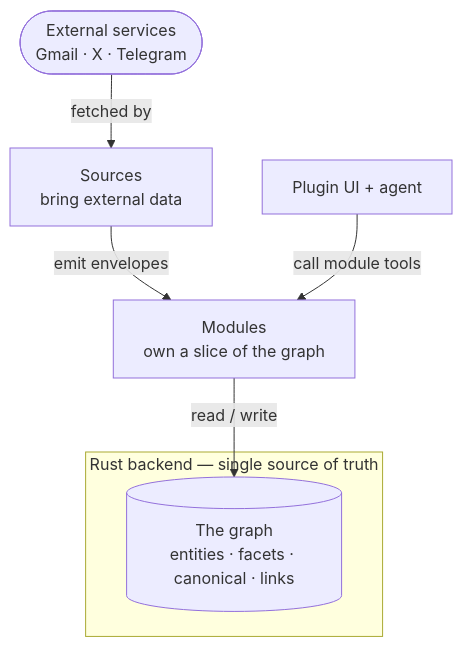
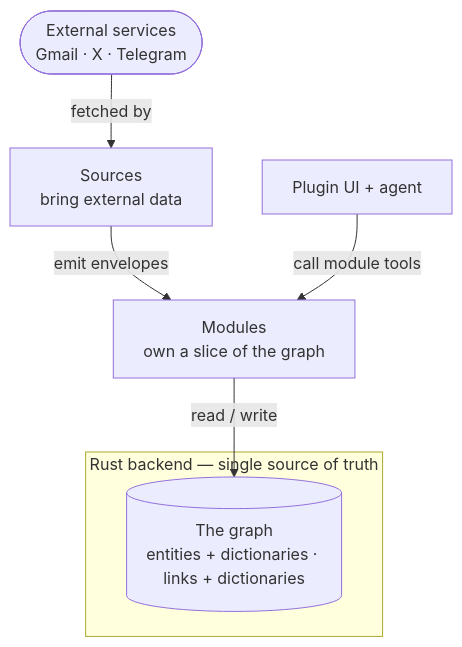
One commit to 0xmikko/magnis changed the first of 4 diagrams in docs/plugins/architecture.md. Above: the diagram before and after it, drawn with Mermaid. The commit also changed other lines of this file and 8 other files, not shown here.

First line of the commit message:
docs: the reference describes the property graph it actually has

````diff
--- a/docs/plugins/architecture.md
+++ b/docs/plugins/architecture.md
@@ -28,10 +28,10 @@
 ```mermaid
 graph TD
     subgraph Host["Rust backend — single source of truth"]
-        G[("The graph<br/>entities · facets · canonical · links")]
+        G[("The graph<br/>entities + dictionaries · links + dictionaries")]
     end
     M["Modules<br/>own a slice of the graph"] -->|read / write| G
     S["Sources<br/>bring external data"] -->|emit envelopes| M
     UI["Plugin UI + agent"] -->|call module tools| M
     ext(["External services<br/>Gmail · X · Telegram"]) -->|fetched by| S
 ```
````
